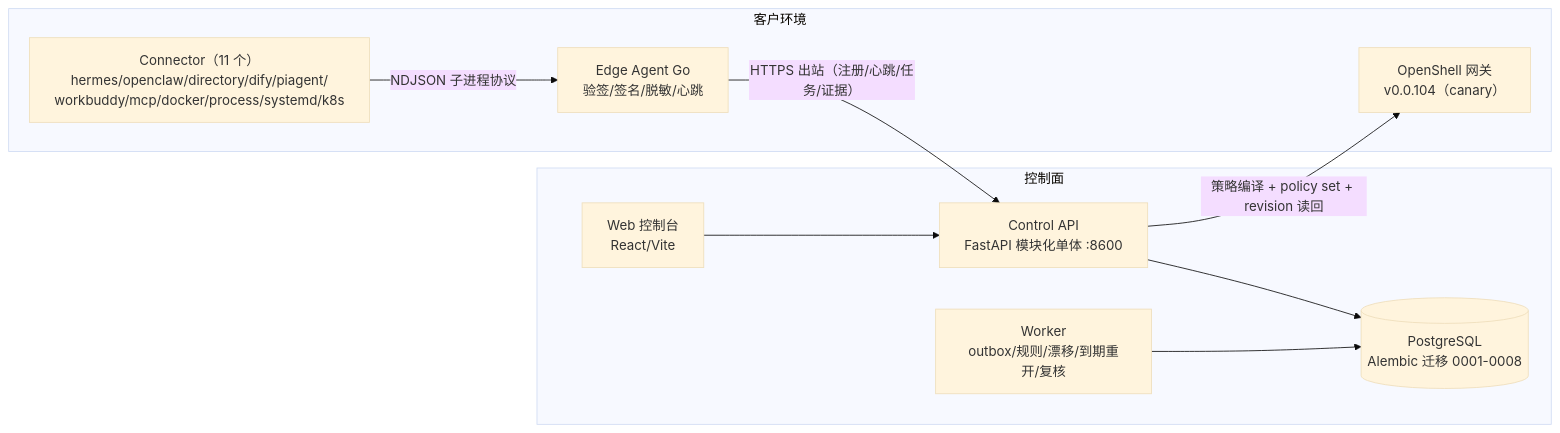
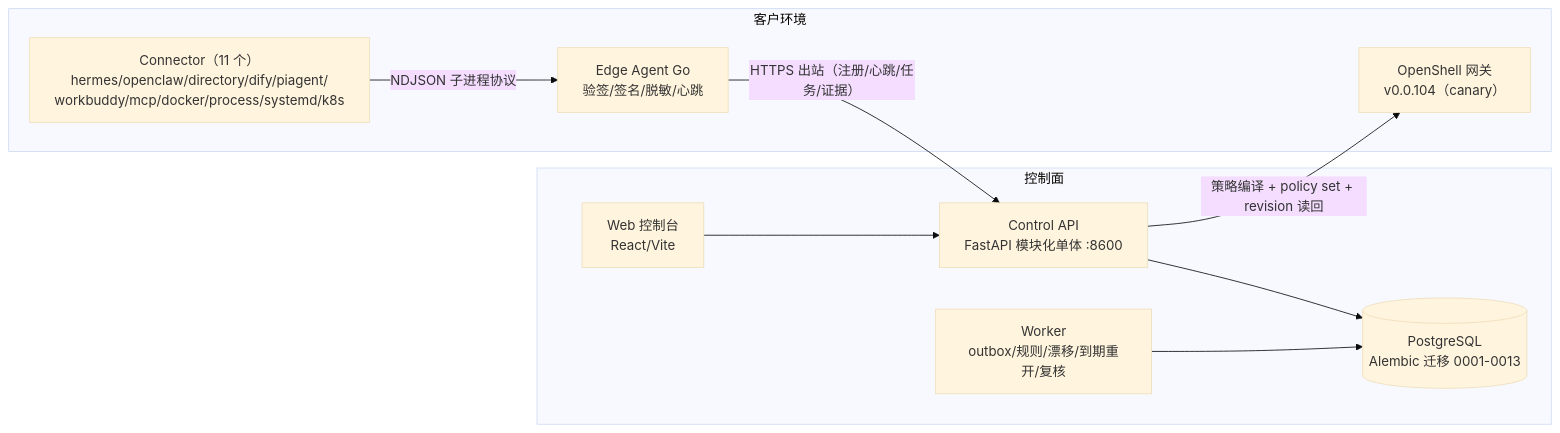
The diagram in README.md (maoyadongsh/siq-agent-security), drawn with Mermaid (base theme) before and after one commit. The commit also changed other lines of this file and 12 other files, not shown here.

````diff
--- a/README.md
+++ b/README.md
@@ -73,20 +73,20 @@
 ```mermaid
 flowchart LR
     subgraph 客户环境
         C1[Connector（11 个）<br/>hermes/openclaw/directory/dify/piagent/<br/>workbuddy/mcp/docker/process/systemd/k8s]
         EA[Edge Agent Go<br/>验签/签名/脱敏/心跳]
         C1 -- NDJSON 子进程协议 --> EA
         OS[OpenShell 网关<br/>v0.0.104（canary）]
     end
     subgraph 控制面
         API[Control API<br/>FastAPI 模块化单体 :8600]
         WK[Worker<br/>outbox/规则/漂移/到期重开/复核]
-        DB[(PostgreSQL<br/>Alembic 迁移 0001-0008)]
+        DB[(PostgreSQL<br/>Alembic 迁移 0001-0013)]
         WEB[Web 控制台<br/>React/Vite]
     end
     EA -- "HTTPS 出站（注册/心跳/任务/证据）" --> API
     API --> DB
     WK --> DB
     WEB --> API
     API -- "策略编译 + policy set + revision 读回" --> OS
 ```
````
